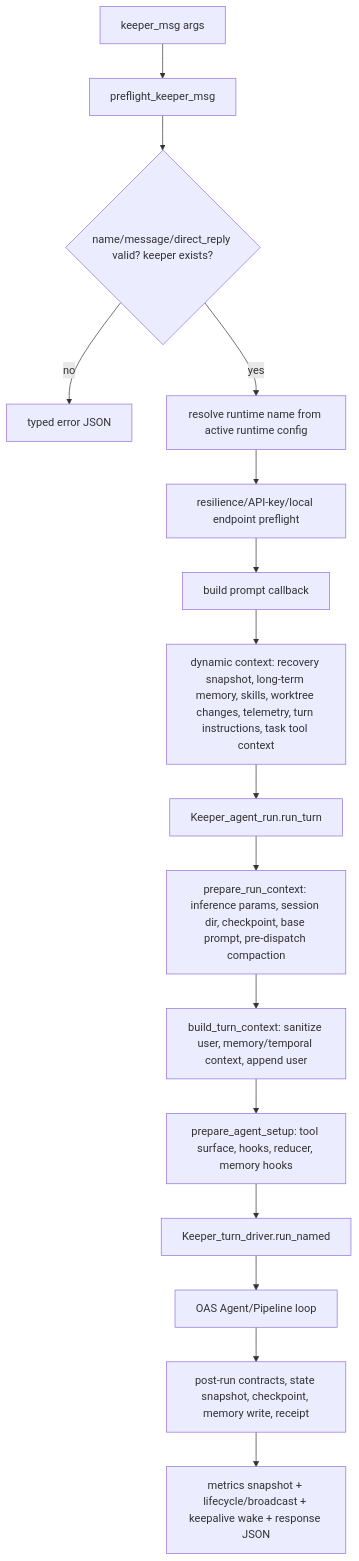
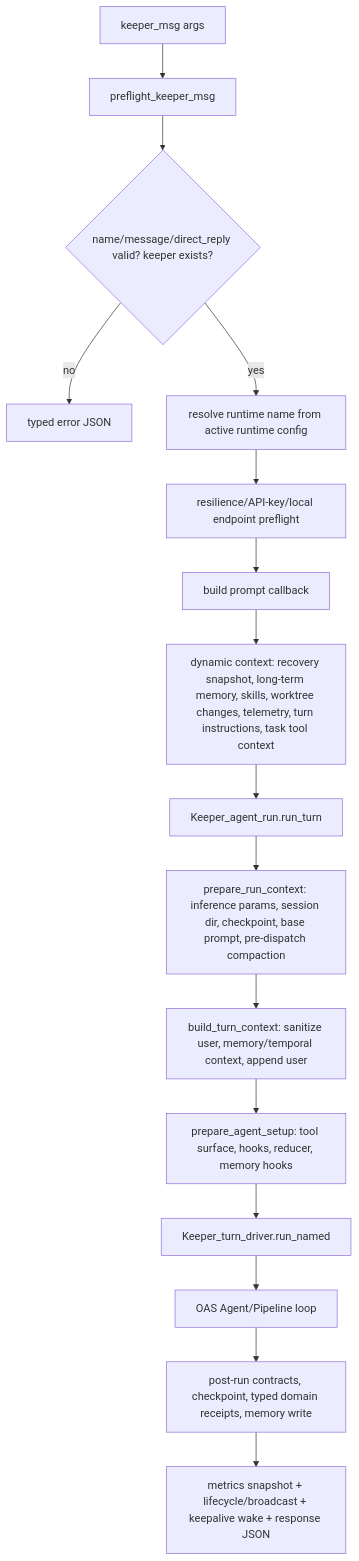
The third of 5 diagrams in docs/keeper-turn-lifecycle.md (jeong-sik/masc), drawn with Mermaid before and after one commit. The commit also changed 576 other files, not shown here.

````diff
--- a/docs/keeper-turn-lifecycle.md
+++ b/docs/keeper-turn-lifecycle.md
@@ -92,18 +92,18 @@
 ```mermaid
 flowchart TD
     A[keeper_msg args] --> B[preflight_keeper_msg]
     B --> C{name/message/direct_reply valid? keeper exists?}
     C -- no --> X[typed error JSON]
     C -- yes --> D[resolve runtime name from active runtime config]
     D --> E[resilience/API-key/local endpoint preflight]
     E --> F[build prompt callback]
     F --> G[dynamic context: recovery snapshot, long-term memory, skills, worktree changes, telemetry, turn instructions, task tool context]
     G --> H[Keeper_agent_run.run_turn]
     H --> I[prepare_run_context: inference params, session dir, checkpoint, base prompt, pre-dispatch compaction]
     I --> J[build_turn_context: sanitize user, memory/temporal context, append user]
     J --> K[prepare_agent_setup: tool surface, hooks, reducer, memory hooks]
     K --> L[Keeper_turn_driver.run_named]
     L --> M[OAS Agent/Pipeline loop]
-    M --> N[post-run contracts, state snapshot, checkpoint, memory write, receipt]
+    M --> N[post-run contracts, checkpoint, typed domain receipts, memory write]
     N --> O[metrics snapshot + lifecycle/broadcast + keepalive wake + response JSON]
 ```
````
